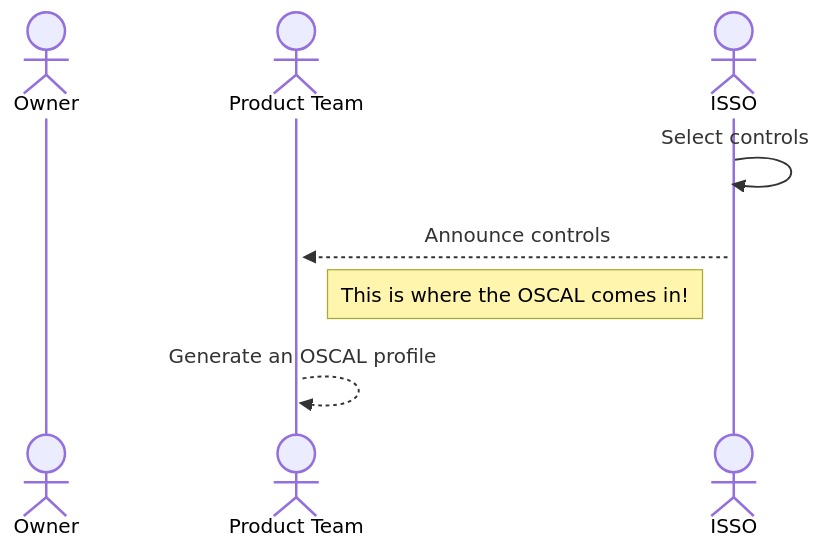
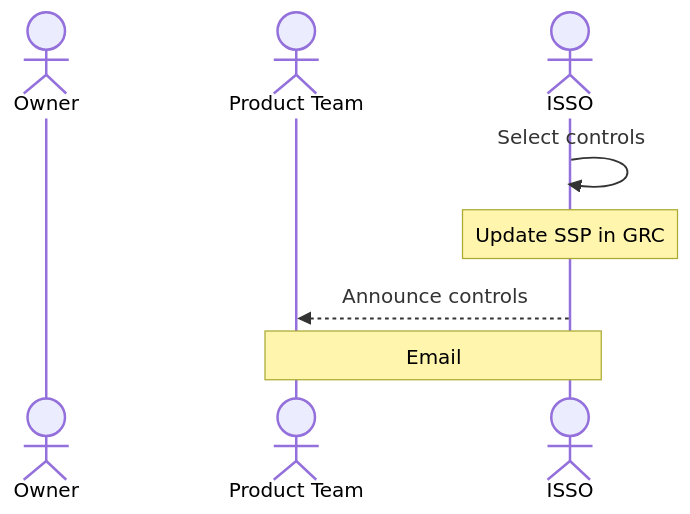
The diagram in docs/support/rmf3_select.mermaid (aj-stein-nist/oscal-2023-workshop), drawn with Mermaid before and after one commit. The commit also changed 8 other files, not shown here.

Commit message:
Many slide and diagram updates from Nikita.

```diff
--- a/docs/support/rmf3_select.mermaid
+++ b/docs/support/rmf3_select.mermaid
@@ -1,8 +1,8 @@
 sequenceDiagram
     actor Owner
     actor Product Team
     actor ISSO
-    ISSO->>+ISSO: Select controls
-    ISSO-->>+Product Team: Announce controls
-    Note right of Product Team: This is where the OSCAL comes in!
-    Product Team-->>+Product Team: Generate an OSCAL profile
+    ISSO->>ISSO: Select controls
+    Note over ISSO: Update SSP in GRC
+    ISSO-->>Product Team: Announce controls
+    Note over ISSO, Product Team: Email
```
